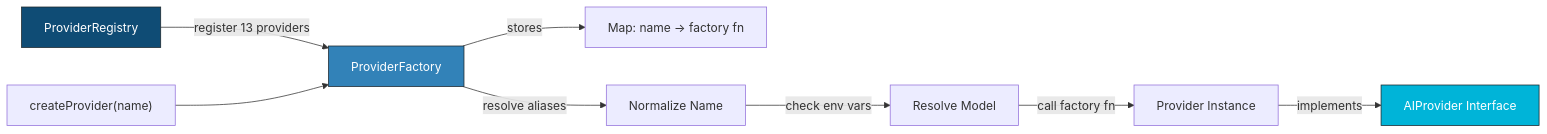
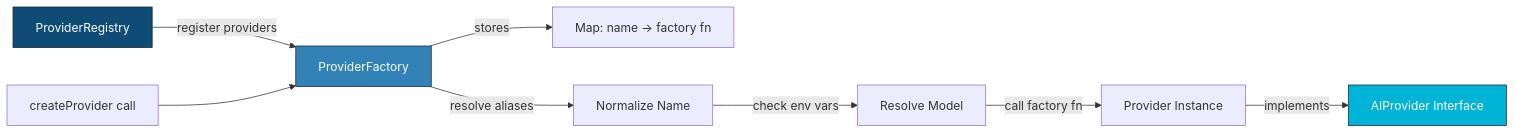
Before and after one commit to juspay/neurolink-blog: the second of 3 diagrams in _posts/2026-01-03-how-we-built-multi-provider-failover.md, drawn with Mermaid. The commit also changed other lines of this file and 172 other files, not shown here.

````diff
--- a/_posts/2026-01-03-how-we-built-multi-provider-failover.md
+++ b/_posts/2026-01-03-how-we-built-multi-provider-failover.md
@@ -210,13 +230,13 @@
 ```mermaid
 flowchart LR
-    A["ProviderRegistry"] -->|"register 13 providers"| B["ProviderFactory"]
+    A["ProviderRegistry"] -->|"register providers"| B["ProviderFactory"]
     B -->|"stores"| C["Map: name -> factory fn"]
-    D["createProvider(name)"] --> B
+    D["createProvider call"] --> B
     B -->|"resolve aliases"| E["Normalize Name"]
     E -->|"check env vars"| F["Resolve Model"]
     F -->|"call factory fn"| G["Provider Instance"]
     G -->|"implements"| H["AIProvider Interface"]
     style A fill:#0f4c75,stroke:#1b262c,color:#fff
     style B fill:#3282b8,stroke:#1b262c,color:#fff
     style H fill:#00b4d8,stroke:#1b262c,color:#fff
 ```
````
